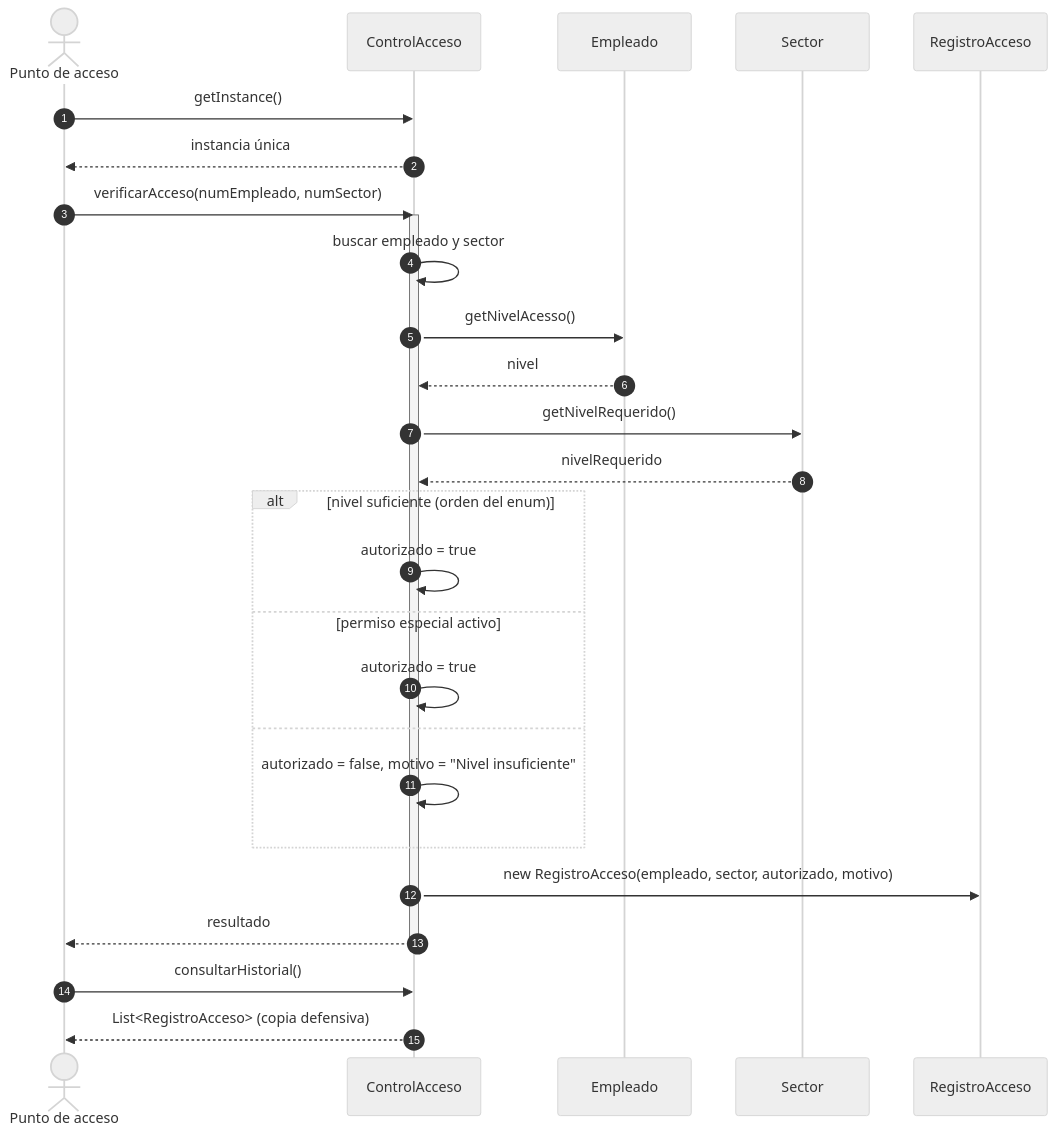
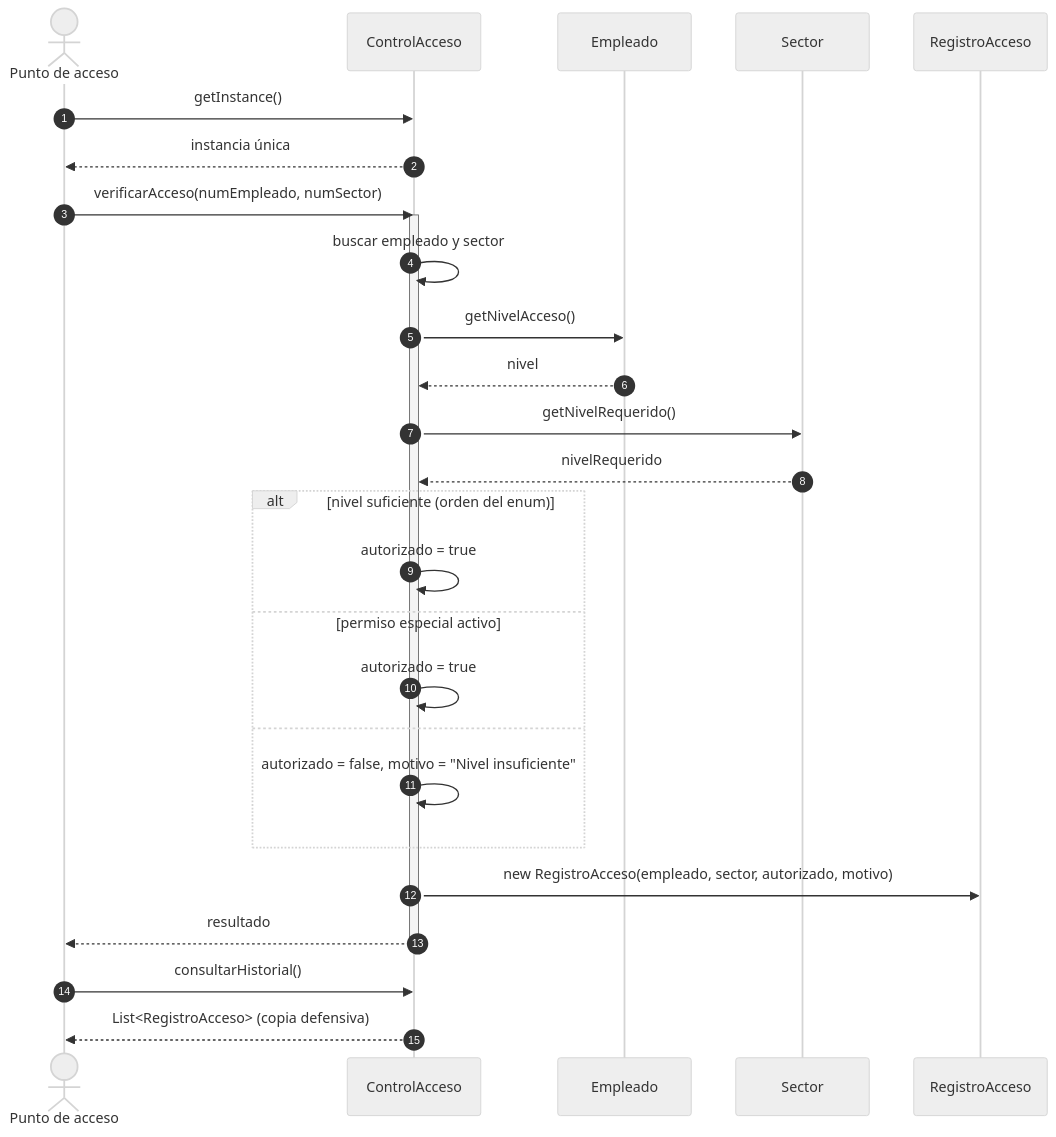
Before and after one commit to PatronSingleton-DisenoSoftware/Patron-Singleton-Software-EGI: the second of 2 diagrams in docs/informe/04-diseno.md, drawn with Mermaid (neutral theme). The commit also changed other lines of this file and 14 other files, not shown here.

````diff
--- a/docs/informe/04-diseno.md
+++ b/docs/informe/04-diseno.md
@@ -408,31 +449,31 @@
 ```mermaid
 sequenceDiagram
     autonumber
     actor PA as Punto de acceso
     participant CA as ControlAcceso
     participant EM as Empleado
     participant SE as Sector
     participant RE as RegistroAcceso
 
     PA->>CA: getInstance()
     CA-->>PA: instancia única
     PA->>CA: verificarAcceso(numEmpleado, numSector)
     activate CA
     CA->>CA: buscar empleado y sector
-    CA->>EM: getNivelAcesso()
+    CA->>EM: getNivelAcceso()
     EM-->>CA: nivel
     CA->>SE: getNivelRequerido()
     SE-->>CA: nivelRequerido
     alt nivel suficiente (orden del enum)
         CA->>CA: autorizado = true
     else permiso especial activo
         CA->>CA: autorizado = true
     else
         CA->>CA: autorizado = false, motivo = "Nivel insuficiente"
     end
     CA->>RE: new RegistroAcceso(empleado, sector, autorizado, motivo)
     CA-->>PA: resultado
     deactivate CA
     PA->>CA: consultarHistorial()
     CA-->>PA: List<RegistroAcceso> (copia defensiva)
 ```
````
